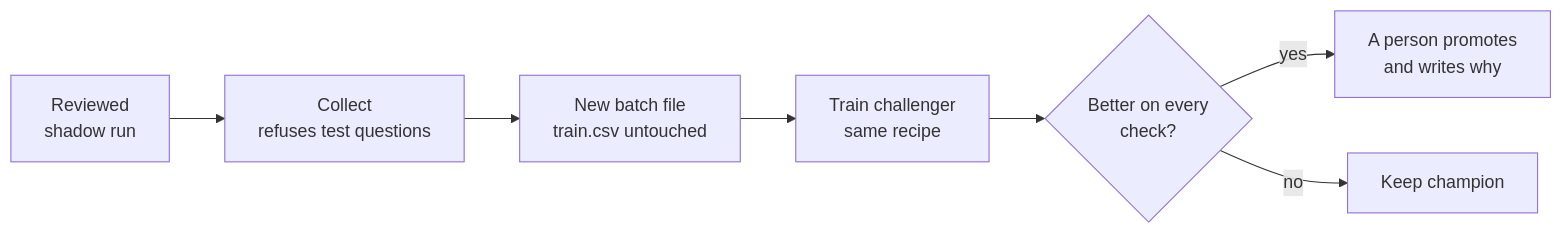
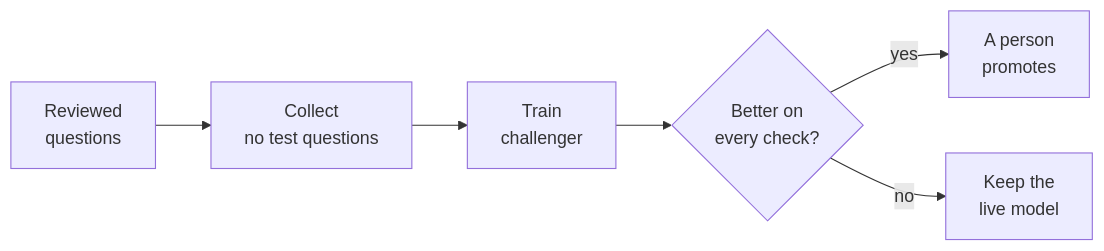
The seventh of 7 diagrams in README.md (saramamatha19/AetherionPrism), drawn with Mermaid before and after one commit. The commit also changed other lines of this file and 1 other file, not shown here.

````diff
--- a/README.md
+++ b/README.md
@@ -241,6 +121,6 @@
 ```mermaid
 flowchart LR
-    R["Reviewed<br/>shadow run"] --> C["Collect<br/>refuses test questions"] --> BA["New batch file<br/>train.csv untouched"] --> T["Train challenger<br/>same recipe"] --> CMP{"Better on every<br/>check?"}
-    CMP -- yes --> P["A person promotes<br/>and writes why"]
-    CMP -- no --> K["Keep champion"]
+    R["Reviewed<br/>questions"] --> C["Collect<br/>no test questions"] --> T["Train<br/>challenger"] --> P{"Better on<br/>every check?"}
+    P -- yes --> H["A person<br/>promotes"]
+    P -- no --> K["Keep the<br/>live model"]
 ```
````
